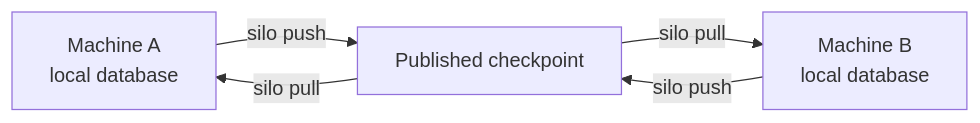
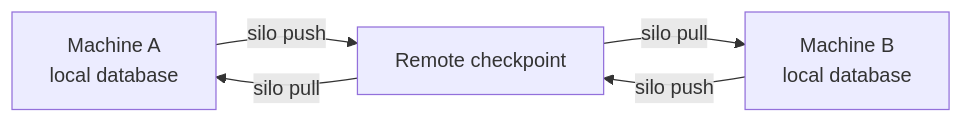
One commit to silo-ai/silo changed the diagram in docs/concepts/synchronization.md. Above: the diagram before and after it, drawn with Mermaid. The commit also changed other lines of this file, not shown here.

````diff
--- a/docs/concepts/synchronization.md
+++ b/docs/concepts/synchronization.md
@@ -12,7 +13,7 @@
 ```mermaid
 flowchart LR
-  first["Machine A\nlocal database"] -->|"silo push"| remote["Published checkpoint"]
+  first["Machine A\nlocal database"] -->|"silo push"| remote["Remote checkpoint"]
   remote -->|"silo pull"| second["Machine B\nlocal database"]
   second -->|"silo push"| remote
   remote -->|"silo pull"| first
 ```
````
